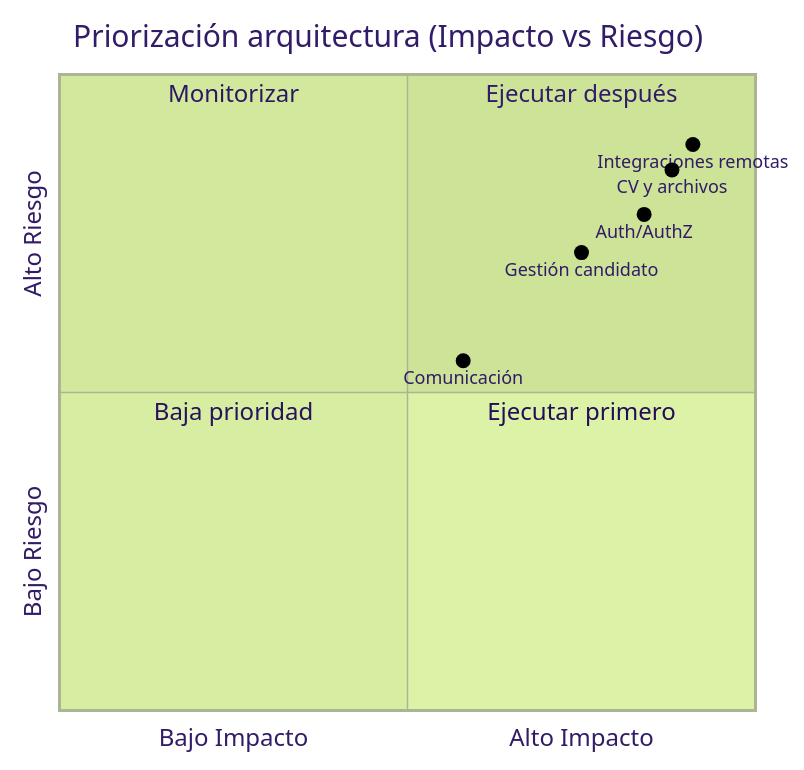
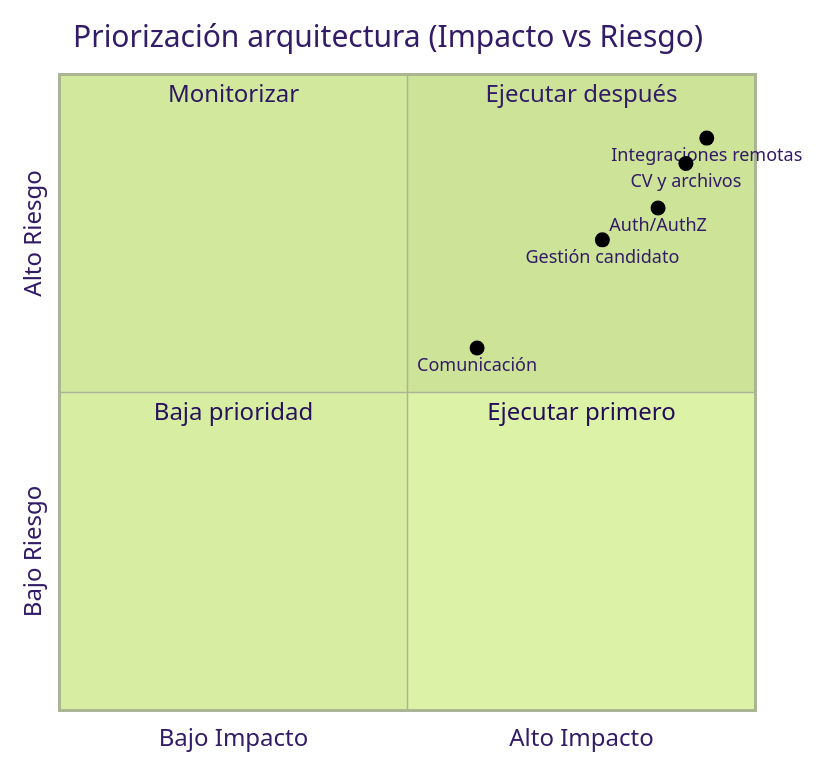
One commit to gacardenasch80/Staff changed the diagram in docs/capacidades-y-endpoints-criticos.md. Above: the diagram before and after it, drawn with Mermaid (forest theme). The commit also changed other lines of this file, not shown here.

````diff
--- a/docs/capacidades-y-endpoints-criticos.md
+++ b/docs/capacidades-y-endpoints-criticos.md
@@ -40,15 +98,15 @@
 ```mermaid
 quadrantChart
     title Priorización arquitectura (Impacto vs Riesgo)
     x-axis Bajo Impacto --> Alto Impacto
     y-axis Bajo Riesgo --> Alto Riesgo
     quadrant-1 Ejecutar después
     quadrant-2 Monitorizar
     quadrant-3 Baja prioridad
     quadrant-4 Ejecutar primero
-    Gestión candidato: [0.75, 0.72]
-    CV y archivos: [0.88, 0.85]
-    Integraciones remotas: [0.91, 0.89]
-    Auth/AuthZ: [0.84, 0.78]
-    Comunicación: [0.58, 0.55]
+    Gestión candidato: [0.78, 0.74]
+    CV y archivos: [0.90, 0.86]
+    Integraciones remotas: [0.93, 0.90]
+    Auth/AuthZ: [0.86, 0.79]
+    Comunicación: [0.60, 0.57]
 ```
````
